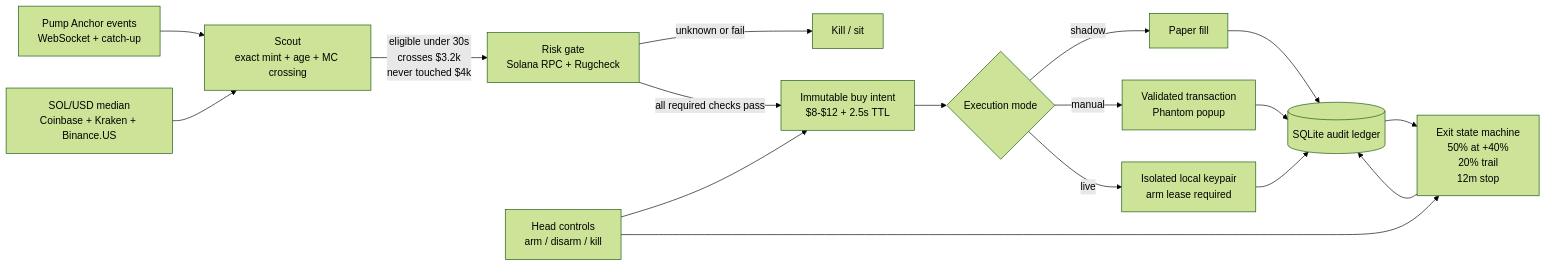
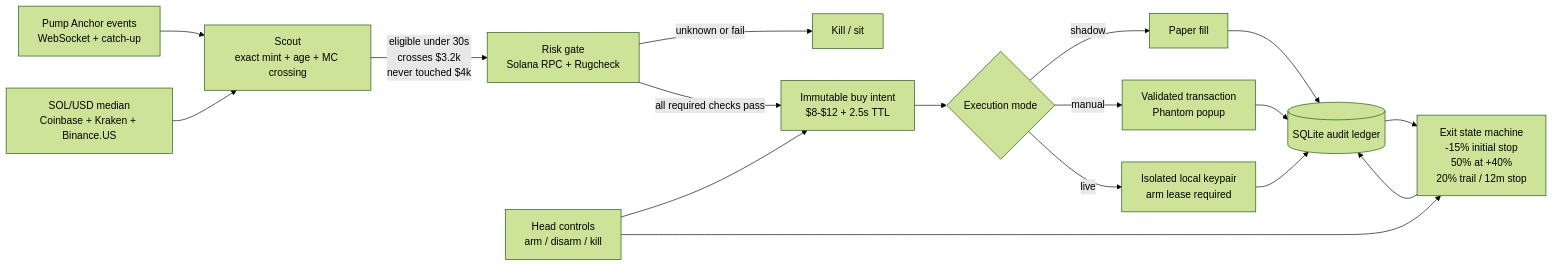
The diagram in README.md (Air-crypto/solid-octo-engine), drawn with Mermaid (forest theme) before and after one commit. The commit also changed other lines of this file and 20 other files, not shown here.

````diff
--- a/README.md
+++ b/README.md
@@ -7,19 +7,19 @@
 ```mermaid
 flowchart LR
   P[Pump Anchor events\nWebSocket + catch-up] --> S[Scout\nexact mint + age + MC crossing]
   O[SOL/USD median\nCoinbase + Kraken + Binance.US] --> S
   S -->|eligible under 30s\ncrosses $3.2k\nnever touched $4k| R[Risk gate\nSolana RPC + Rugcheck]
   R -->|unknown or fail| K[Kill / sit]
   R -->|all required checks pass| I[Immutable buy intent\n$8-$12 + 2.5s TTL]
   I --> X{Execution mode}
   X -->|shadow| PA[Paper fill]
   X -->|manual| PH[Validated transaction\nPhantom popup]
   X -->|live| KP[Isolated local keypair\narm lease required]
   PH --> L[(SQLite audit ledger)]
   KP --> L
   PA --> L
-  L --> E[Exit state machine\n50% at +40%\n20% trail\n12m stop]
+  L --> E[Exit state machine\n-15% initial stop\n50% at +40%\n20% trail / 12m stop]
   E --> L
   H[Head controls\narm / disarm / kill] --> I
   H --> E
 ```
````
